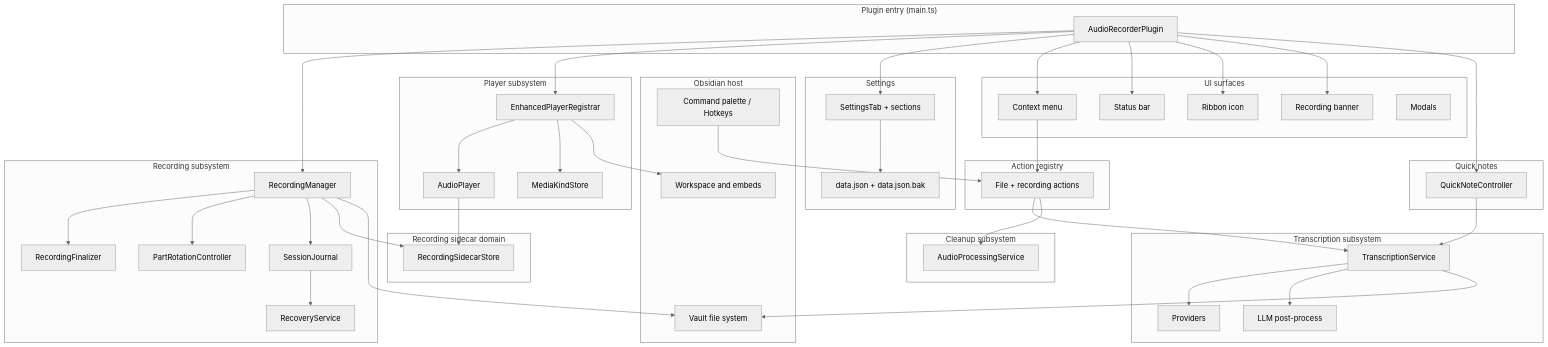
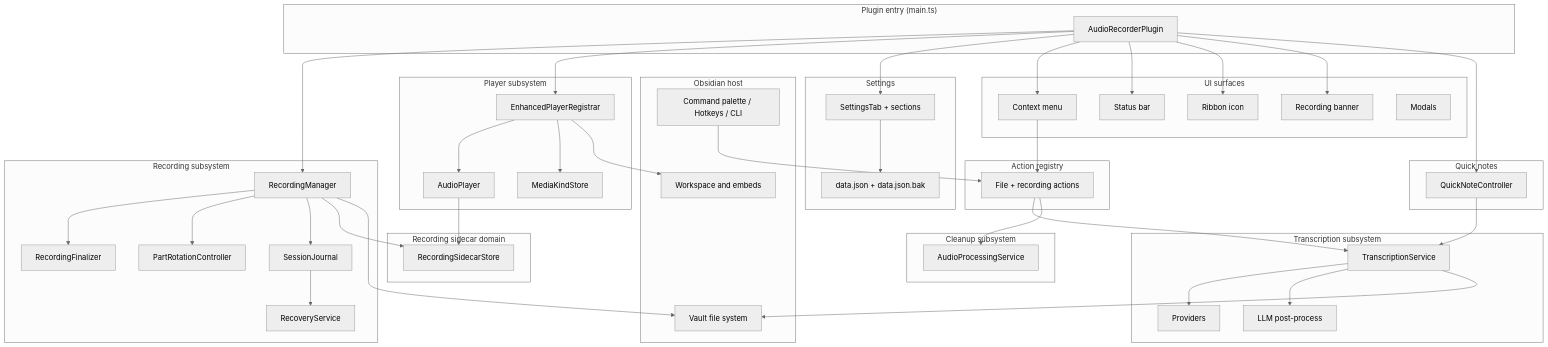
The first of 7 diagrams in docs/architecture.md (akhmialeuski/advanced-audio-recorder), drawn with Mermaid (neutral theme) before and after one commit. The commit also changed other lines of this file and 11 other files, not shown here.

```diff
--- a/docs/architecture.md
+++ b/docs/architecture.md
@@ -25,7 +25,7 @@
     subgraph Host["Obsidian host"]
         WS[Workspace and embeds]
         VAULT[Vault file system]
-        CMD[Command palette / Hotkeys]
+        CMD[Command palette / Hotkeys / CLI]
     end
 
     subgraph Entry["Plugin entry (main.ts)"]
```
